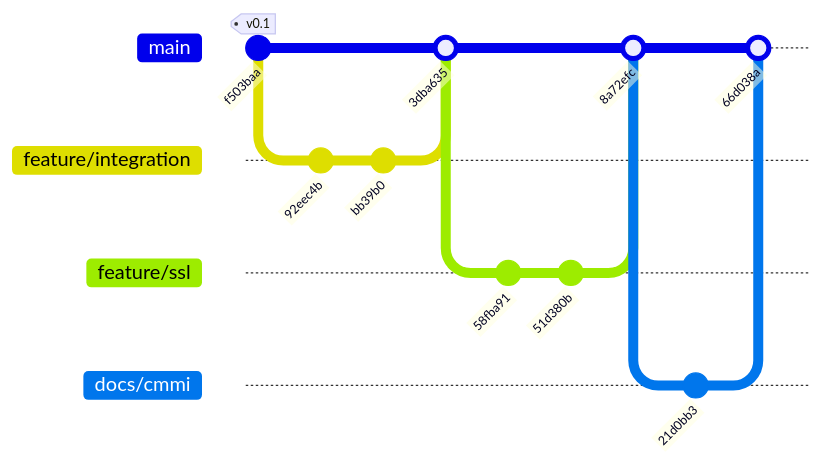
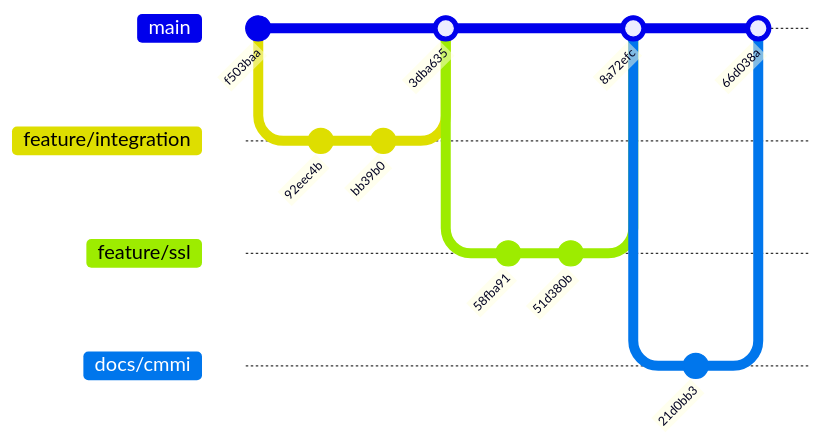
The diagram in pruebas/INFORME_GDC_CMMI.md (AT1RUZ/servidor-correo-config), drawn with Mermaid before and after one commit. The commit also changed other lines of this file, not shown here.

Commit message:
docs: añadir árbol de ramas en formato ASCII y lista de herramientas de visualización

````diff
--- a/pruebas/INFORME_GDC_CMMI.md
+++ b/pruebas/INFORME_GDC_CMMI.md
@@ -65,21 +65,21 @@
 ```mermaid
 gitGraph
-    commit id: "f503baa" tag: "v0.1"
-    branch feature/integration
-    checkout feature/integration
-    commit id: "92eec4b" msg: "feat: deploy script"
-    commit id: "bb39b0" msg: "feat: antivirus"
+    commit id: "f503baa" msg: "Estructura inicial"
+    branch "feature/integration"
+    checkout "feature/integration"
+    commit id: "92eec4b" msg: "feat: añadir script"
+    commit id: "bb39b0" msg: "feat: integrar ClamAV"
     checkout main
-    merge feature/integration id: "3dba635"
-    branch feature/ssl
-    checkout feature/ssl
-    commit id: "58fba91" msg: "feat: ssl/fw587"
-    commit id: "51d380b" msg: "fix: dovecot-ssl"
+    merge "feature/integration" id: "3dba635"
+    branch "feature/ssl"
+    checkout "feature/ssl"
+    commit id: "58fba91" msg: "feat: fw 587 y SSL"
+    commit id: "51d380b" msg: "fix: Dovecot/SSL"
     checkout main
-    merge feature/ssl id: "8a72efc"
-    branch docs/cmmi
-    checkout docs/cmmi
+    merge "feature/ssl" id: "8a72efc"
+    branch "docs/cmmi"
+    checkout "docs/cmmi"
     commit id: "21d0bb3" msg: "docs: informe GDC"
     checkout main
-    merge docs/cmmi id: "66d038a"
+    merge "docs/cmmi" id: "66d038a"
 ```
````
